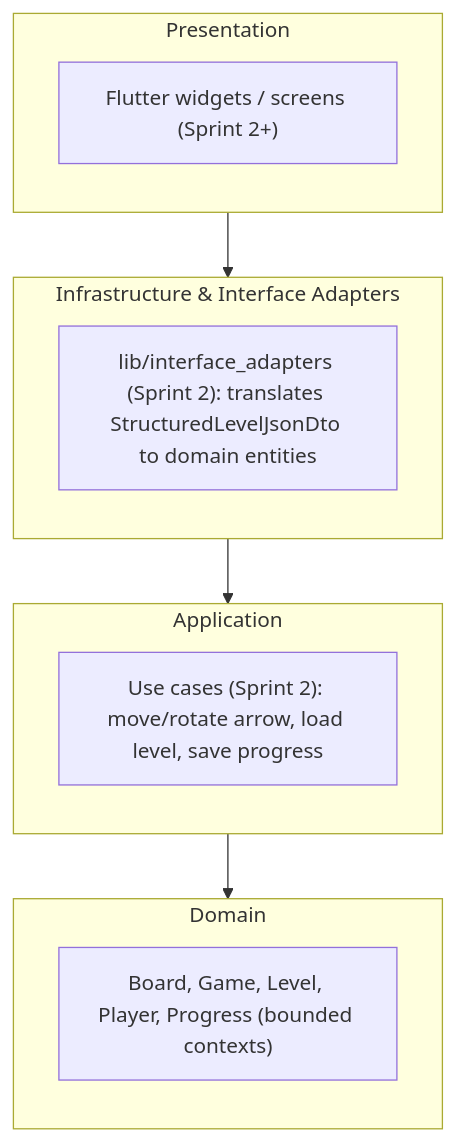
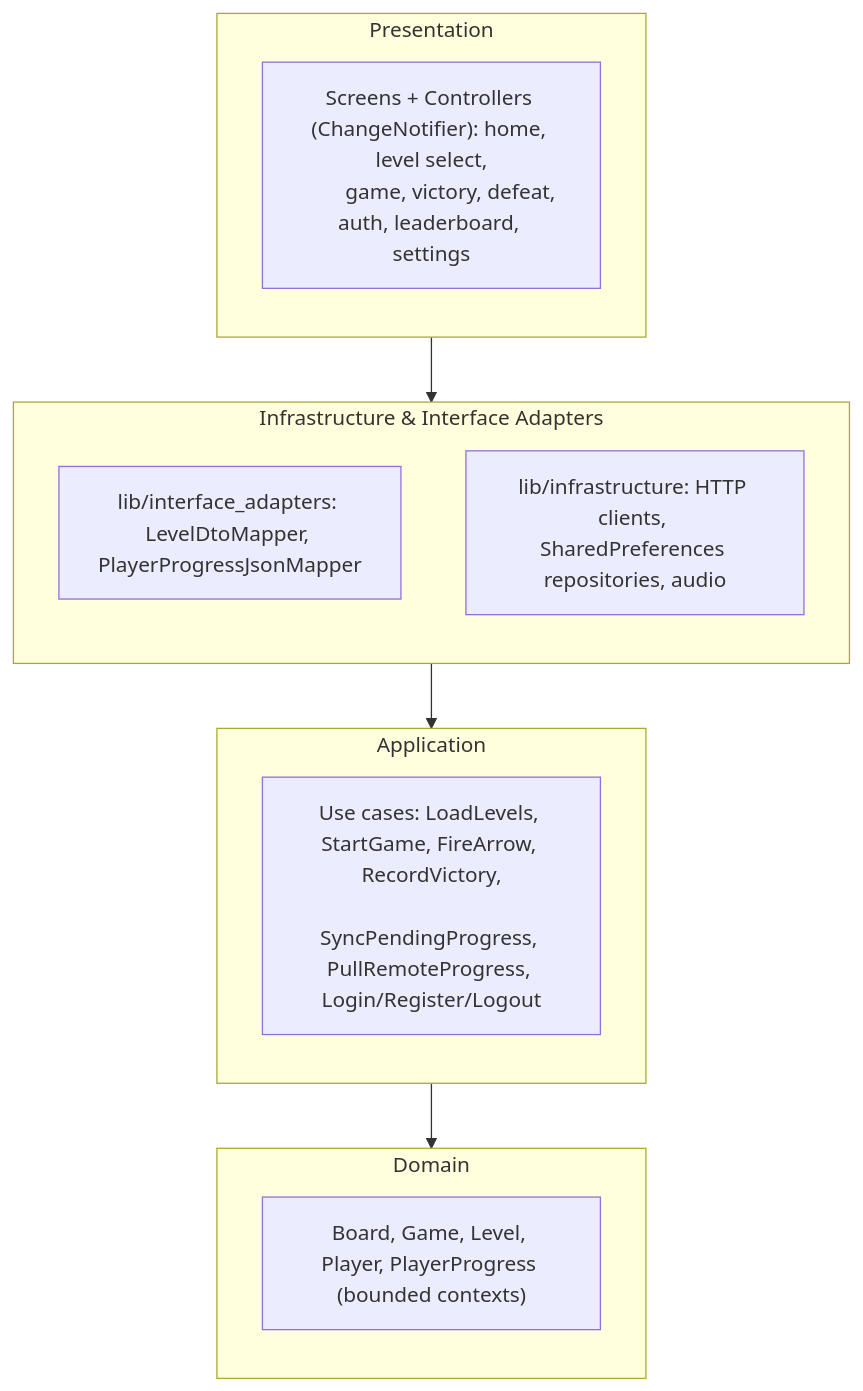
Before and after one commit to Mianjoy/Arrow-Maze-Escape-Puzzle: the diagram in README.md, drawn with Mermaid. The commit also changed other lines of this file and 1 other file, not shown here.

First line of the commit message:
docs(readme): reflect actual implementation state, drop stale sprint framing

````diff
--- a/README.md
+++ b/README.md
@@ -27,21 +33,24 @@
 ```mermaid
 flowchart TB
     subgraph L4["Presentation"]
         direction TB
-        UI["Flutter widgets / screens (Sprint 2+)"]
+        UI["Screens + Controllers (ChangeNotifier): home, level select,
+        game, victory, defeat, auth, leaderboard, settings"]
     end
     subgraph L3["Infrastructure & Interface Adapters"]
         direction TB
-        Adapters["lib/interface_adapters (Sprint 2): translates StructuredLevelJsonDto to domain entities"]
+        Adapters["lib/interface_adapters: LevelDtoMapper, PlayerProgressJsonMapper"]
+        Infra["lib/infrastructure: HTTP clients, SharedPreferences repositories, audio"]
     end
     subgraph L2["Application"]
         direction TB
-        UseCases["Use cases (Sprint 2): move/rotate arrow, load level, save progress"]
+        UseCases["Use cases: LoadLevels, StartGame, FireArrow, RecordVictory,
+        SyncPendingProgress, PullRemoteProgress, Login/Register/Logout"]
     end
     subgraph L1["Domain"]
         direction TB
-        Entities["Board, Game, Level, Player, Progress (bounded contexts)"]
+        Entities["Board, Game, Level, Player, PlayerProgress (bounded contexts)"]
     end
 
     L4 --> L3 --> L2 --> L1
 ```
````
